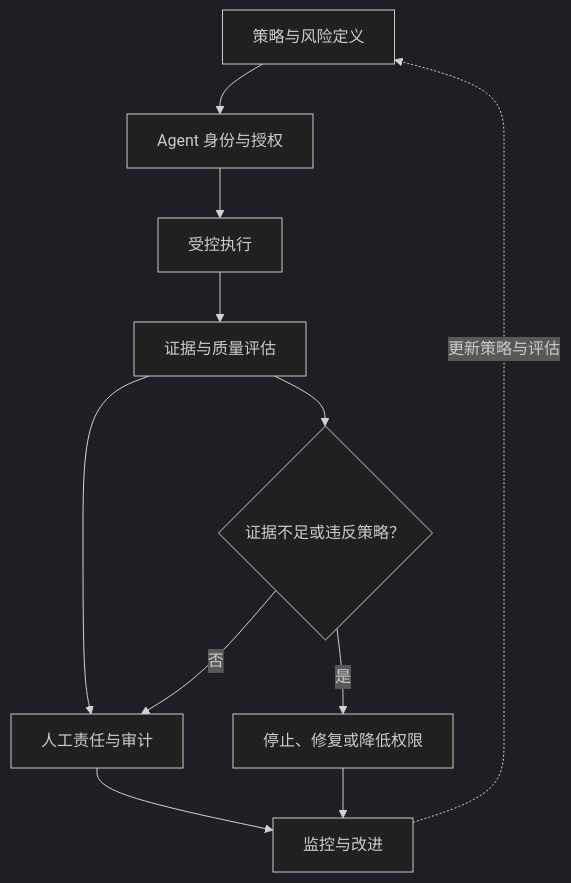
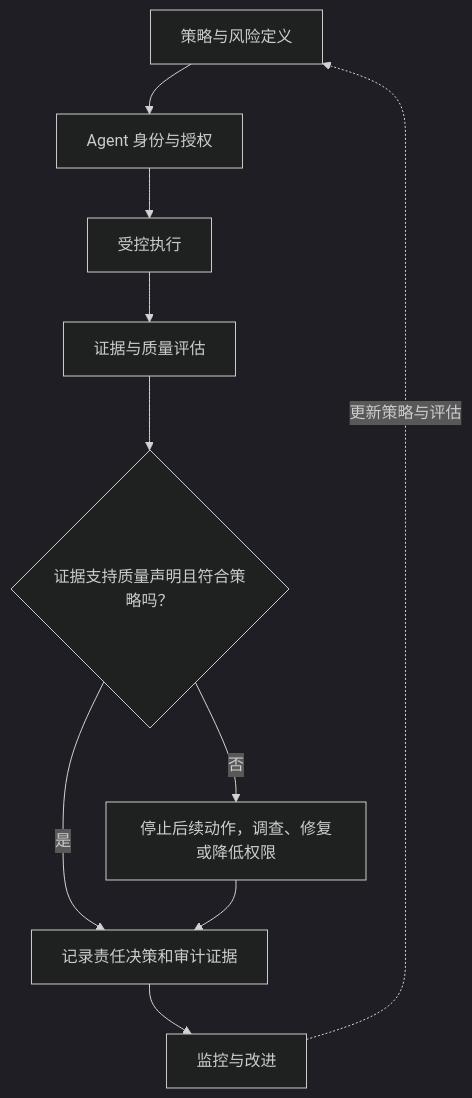
One commit to naodeng/naodeng.com.cn changed the fifth of 5 diagrams in src/blog/zh-cn/AI-Testing/agentic-ai-governance-testing.mdx. Above: the diagram before and after it, drawn with Mermaid (dark theme). The commit also changed other lines of this file and 10 other files, not shown here.

Commit message:
docs: review November blog diagrams

````diff
--- a/src/blog/zh-cn/AI-Testing/agentic-ai-governance-testing.mdx
+++ b/src/blog/zh-cn/AI-Testing/agentic-ai-governance-testing.mdx
@@ -248,13 +256,12 @@
 ```mermaid
 flowchart TB
     P[策略与风险定义] --> A[Agent 身份与授权]
     A --> X[受控执行]
     X --> E[证据与质量评估]
-    E --> H[人工责任与审计]
+    E --> Q{证据支持质量声明且符合策略吗？}
+    Q -->|是| H[记录责任决策和审计证据]
+    Q -->|否| S[停止后续动作，调查、修复或降低权限]
+    S --> H
     H --> M[监控与改进]
     M -.更新策略与评估.-> P
-    E --> Q{证据不足或违反策略？}
-    Q -->|是| S[停止、修复或降低权限]
-    S --> M
-    Q -->|否| H
 ```
````
